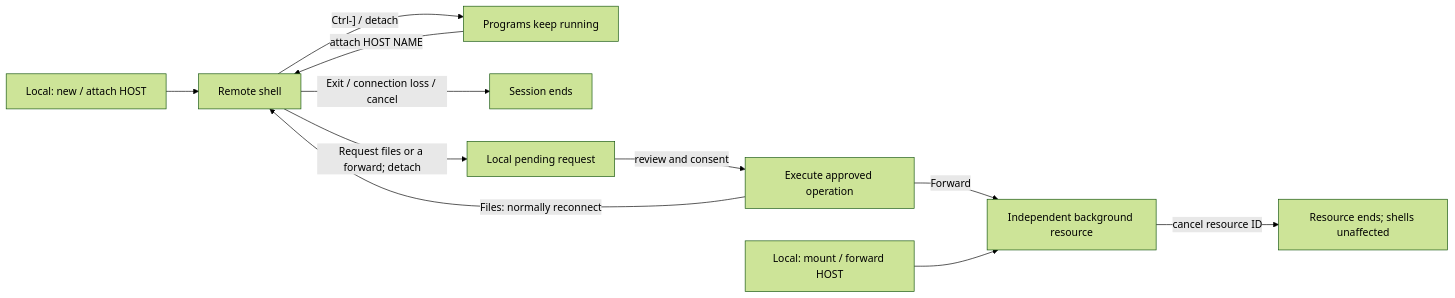
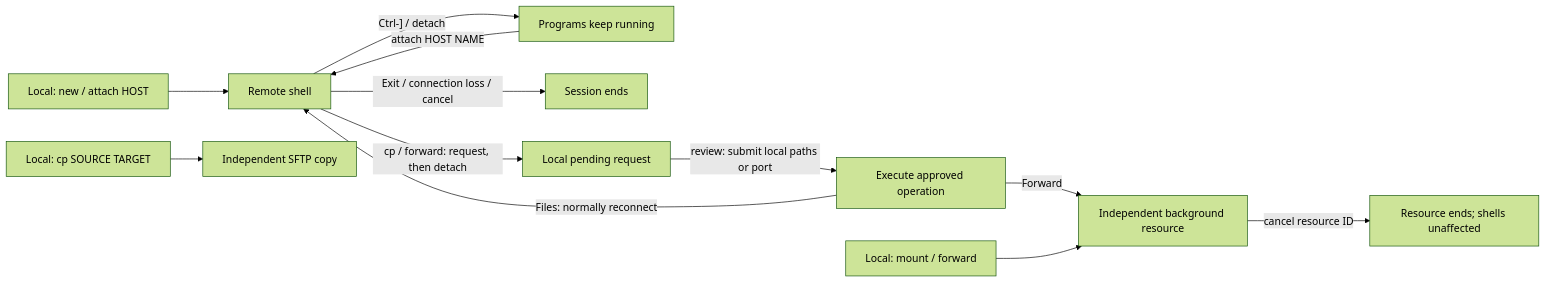
The diagram in README.md (jay-waves/sshore), drawn with Mermaid (forest theme) before and after one commit. The commit also changed other lines of this file and 60 other files, not shown here.

````diff
--- a/README.md
+++ b/README.md
@@ -84,13 +84,14 @@
 ```mermaid
 flowchart LR
     connect["Local: new / attach HOST"] --> session["Remote shell"]
     session -->|"Ctrl-] / detach"| detached["Programs keep running"]
     detached -->|"attach HOST NAME"| session
     session -->|"Exit / connection loss / cancel"| ended["Session ends"]
-    session -->|"Request files or a forward; detach"| pending["Local pending request"]
-    pending -->|"review and consent"| approved["Execute approved operation"]
+    session -->|"cp / forward: request, then detach"| pending["Local pending request"]
+    pending -->|"review: submit local paths or port"| approved["Execute approved operation"]
     approved -->|"Files: normally reconnect"| session
     approved -->|"Forward"| resource["Independent background resource"]
-    local["Local: mount / forward HOST"] --> resource
+    local["Local: mount / forward"] --> resource
+    copy["Local: cp SOURCE TARGET"] --> files["Independent SFTP copy"]
     resource -->|"cancel resource ID"| stopped["Resource ends; shells unaffected"]
 ```
````
